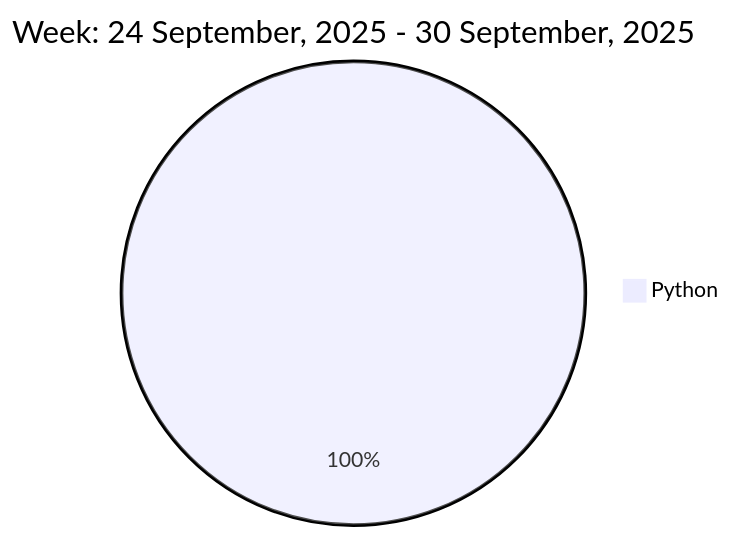
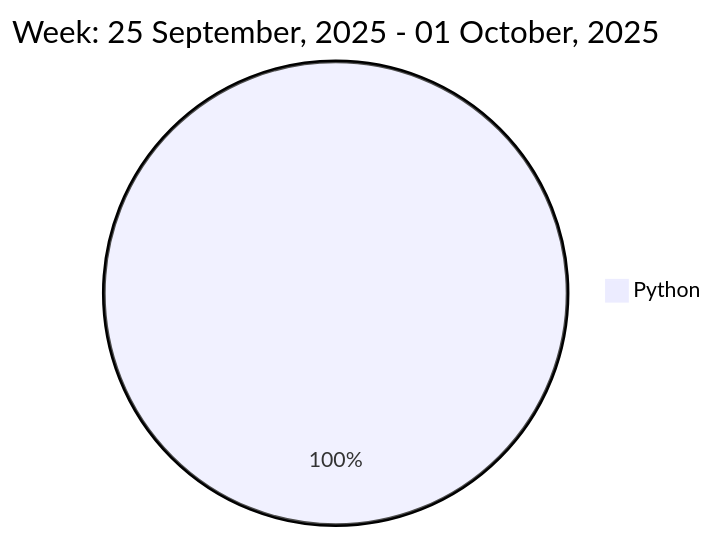
Before and after one commit to liubin95/liubin95: the diagram in README.md, drawn with Mermaid.

Commit message:
Updated the Graph with new Metrics

````diff
--- a/README.md
+++ b/README.md
@@ -37,5 +37,5 @@
 ```mermaid
  pie
-title Week: 24 September, 2025 - 30 September, 2025
- "Python" : 2.37
+title Week: 25 September, 2025 - 01 October, 2025
+ "Python" : 2.38
 ```
````
